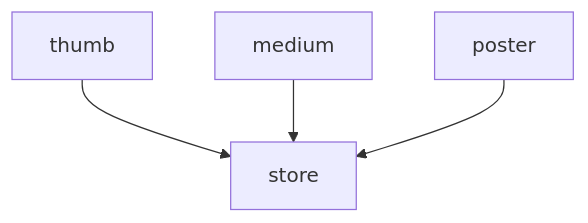
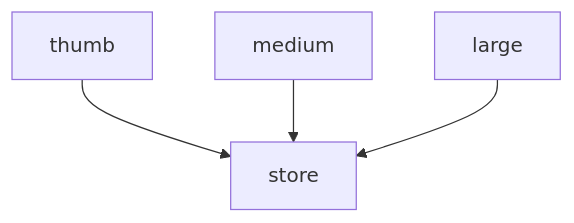
Before and after one commit to chevere/workflow: the second of 2 diagrams in README.md, drawn with Mermaid. The commit also changed other lines of this file, not shown here.

````diff
--- a/README.md
+++ b/README.md
@@ -307,6 +299,6 @@
 ```mermaid
-graph TD;
-    thumb-->store;
-    medium-->store;
-    poster-->store;
+graph TD
+    thumb --> store
+    medium --> store
+    large --> store
 ```
````
